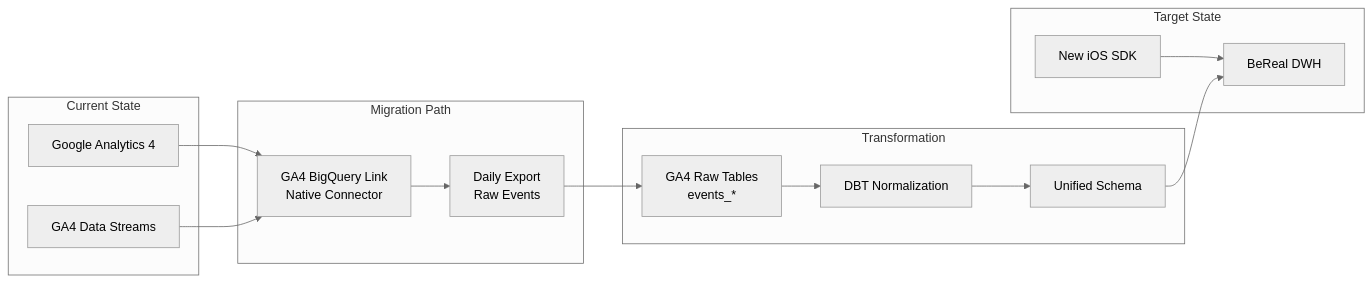
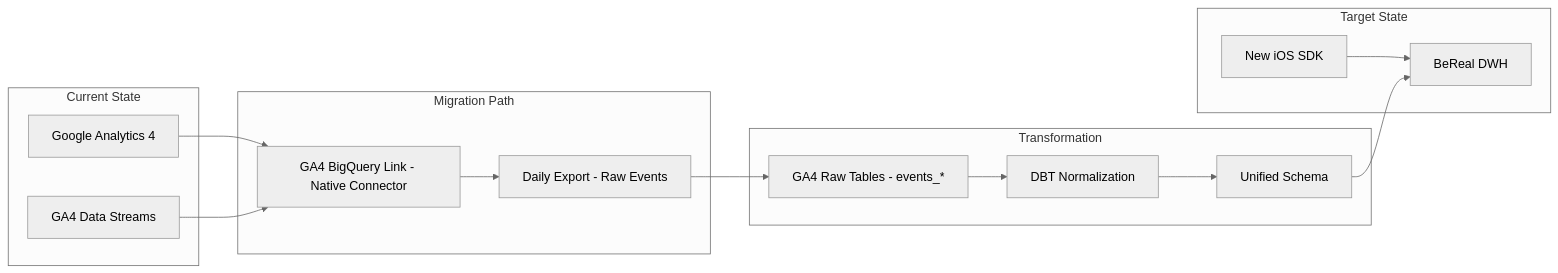
One commit to sitelight/jean-notes changed the eighth of 18 diagrams in ARCHITECTURE.md. Above: the diagram before and after it, drawn with Mermaid (neutral theme). The commit also changed other lines of this file, not shown here.

````diff
--- a/ARCHITECTURE.md
+++ b/ARCHITECTURE.md
@@ -972,32 +949,32 @@
 ```mermaid
 graph LR
     subgraph "Current State"
         GA4[Google Analytics 4]
         GADS[GA4 Data Streams]
     end
     
     subgraph "Migration Path"
-        LINK[GA4 BigQuery Link<br/>Native Connector]
-        EXPORT[Daily Export<br/>Raw Events]
+        LINK[GA4 BigQuery Link - Native Connector]
+        EXPORT[Daily Export - Raw Events]
     end
     
     subgraph "Transformation"
-        RAW[GA4 Raw Tables<br/>events_*]
+        RAW[GA4 Raw Tables - events_*]
         DBT[DBT Normalization]
         UNIFIED[Unified Schema]
     end
     
     subgraph "Target State"
         SDK[New iOS SDK]
         BQ[BeReal DWH]
     end
     
     GA4 --> LINK
     GADS --> LINK
     LINK --> EXPORT
     EXPORT --> RAW
     RAW --> DBT
     DBT --> UNIFIED
     SDK --> BQ
     UNIFIED --> BQ
 ```
````
